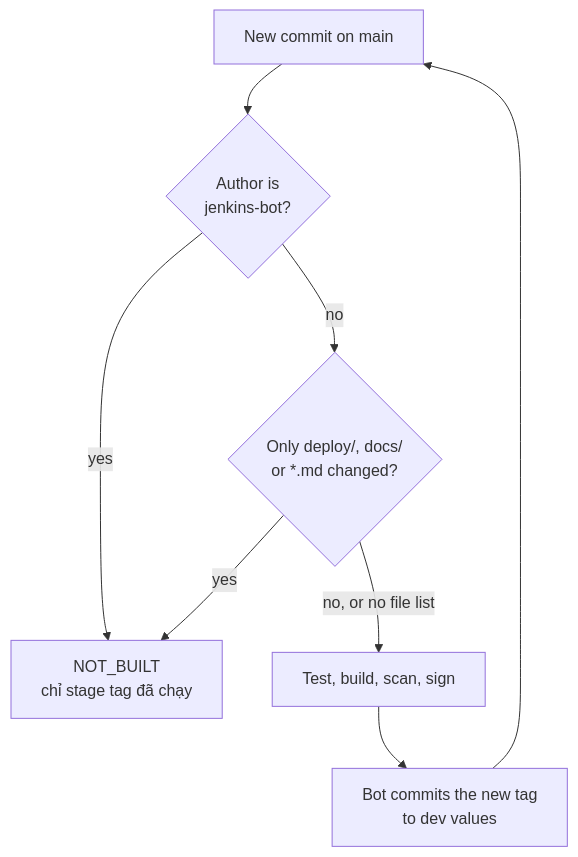
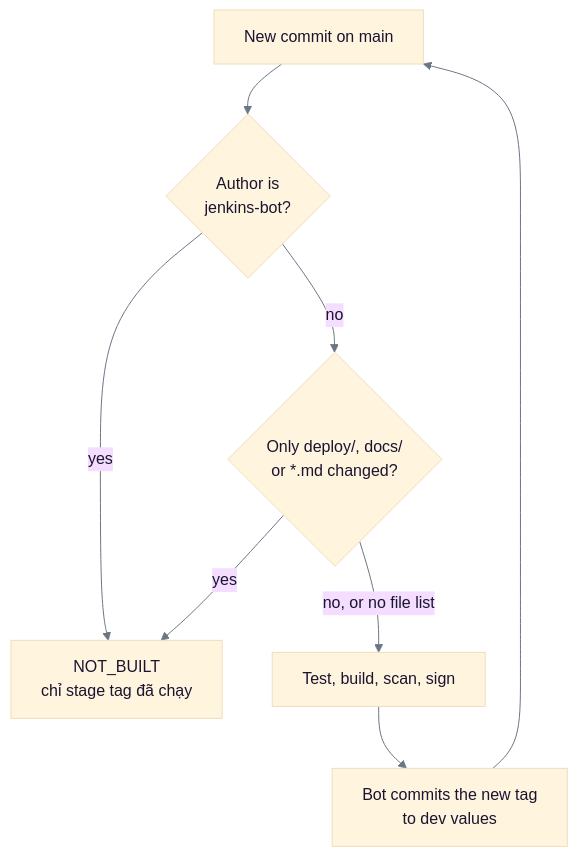
Before and after one commit to biabeogo147/Medical-RAG-Chatbot: the fifth of 5 diagrams in docs/interview/architecture.md, drawn with Mermaid. The commit also changed other lines of this file, not shown here.

First line of the commit message:
docs(interview): ask Mermaid for real pixel widths

````diff
--- a/docs/interview/architecture.md
+++ b/docs/interview/architecture.md
@@ -156,10 +160,11 @@
 ```mermaid
+%%{init: {"theme":"base","flowchart":{"useMaxWidth":false},"themeVariables":{"background":"#ffffff","textColor":"#1b1430","lineColor":"#6b7684","primaryTextColor":"#1b1430"}}}%%
 flowchart TB
     NEW["New commit on main"] --> Q1{"Author is<br/>jenkins-bot?"}
     Q1 -->|"yes"| SKIP["NOT_BUILT<br/>chỉ stage tag đã chạy"]
     Q1 -->|"no"| Q2{"Only deploy/, docs/<br/>or *.md changed?"}
     Q2 -->|"yes"| SKIP
     Q2 -->|"no, or no file list"| BUILD["Test, build, scan, sign"]
     BUILD --> BUMP["Bot commits the new tag<br/>to dev values"]
     BUMP --> NEW
 ```
````
